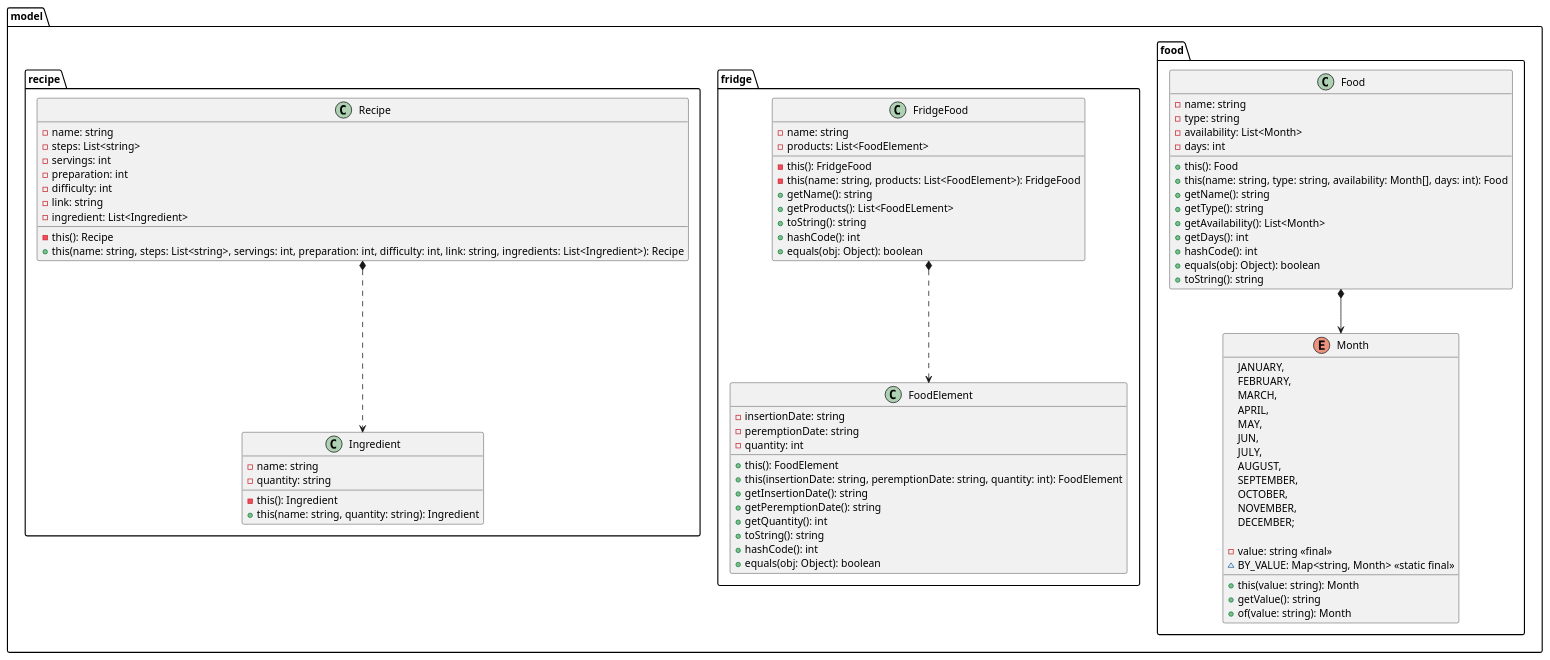
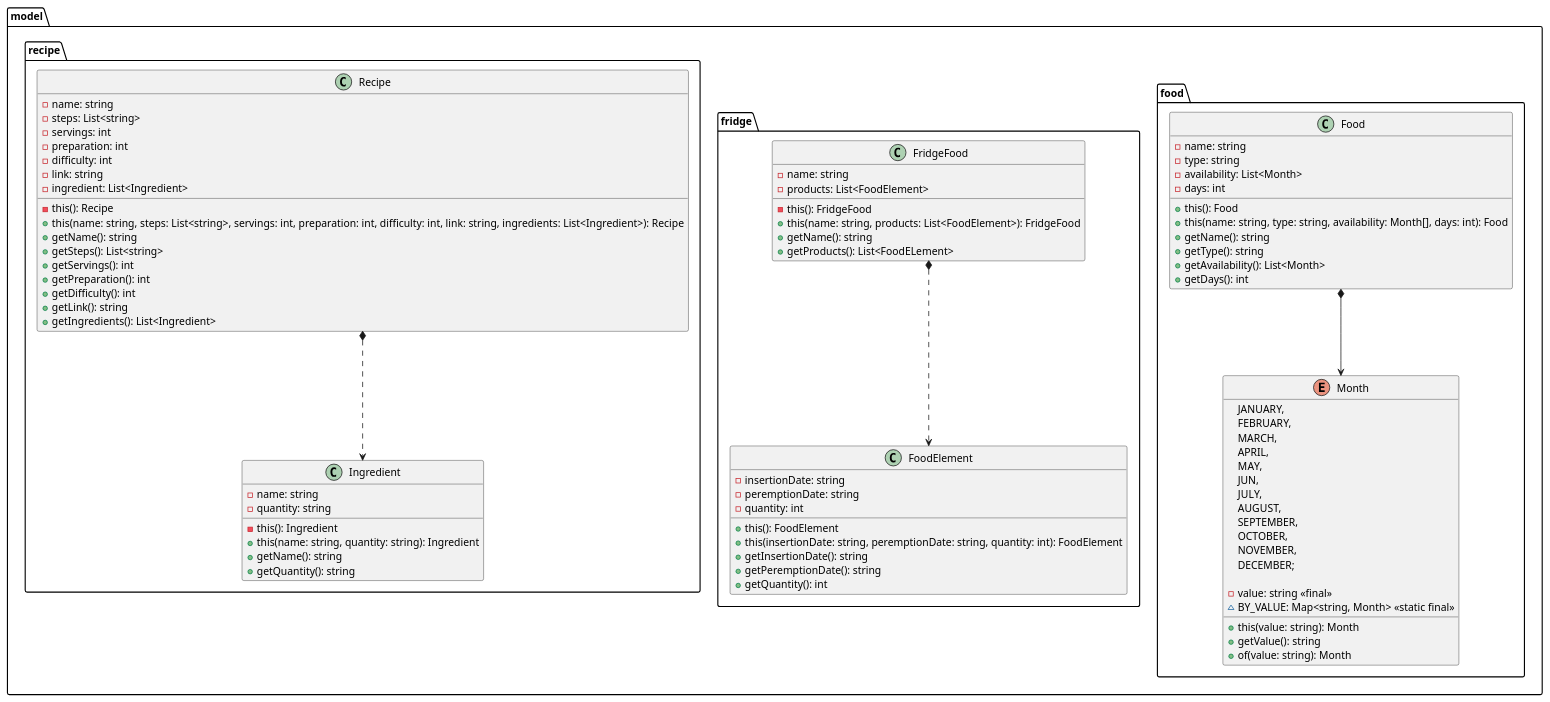
Before and after one commit to romainvacheret/wadge-backend: the diagram in docs/diagram/class/model.puml, drawn with PlantUML. The commit also changed 5 other files, not shown here.

Commit message:
docs: match code and class diagrams

```diff
--- a/docs/diagram/class/model.puml
+++ b/docs/diagram/class/model.puml
@@ -1,98 +1,98 @@
 @startuml model
 package model {
     package food {
         enum Month {
             JANUARY,
             FEBRUARY,
             MARCH,
             APRIL,
             MAY,
             JUN,
             JULY,
             AUGUST,
             SEPTEMBER,
             OCTOBER,
             NOVEMBER,
             DECEMBER;
 
             - value: string <<final>>
             ~ BY_VALUE: Map<string, Month> <<static final>>
             + this(value: string): Month
             + getValue(): string
             + of(value: string): Month
         }
     
         class Food {
             - name: string
             - type: string
             - availability: List<Month>
             - days: int
             + this(): Food
             + this(name: string, type: string, availability: Month[], days: int): Food
             + getName(): string
             + getType(): string
             + getAvailability(): List<Month>
             + getDays(): int
-            + hashCode(): int
-            + equals(obj: Object): boolean
-            + toString(): string
         }
     }
 
     package fridge {
         class FoodElement {
             - insertionDate: string
             - peremptionDate: string
             - quantity: int
             + this(): FoodElement
             + this(insertionDate: string, peremptionDate: string, quantity: int): FoodElement
             + getInsertionDate(): string
             + getPeremptionDate(): string
             + getQuantity(): int
-            + toString(): string
-            + hashCode(): int
-            + equals(obj: Object): boolean
         }
 
         class FridgeFood {
             - name: string
             - products: List<FoodElement>
             - this(): FridgeFood
-            - this(name: string, products: List<FoodElement>): FridgeFood
+            + this(name: string, products: List<FoodElement>): FridgeFood
             + getName(): string
             + getProducts(): List<FoodELement>
-            + toString(): string
-            + hashCode(): int
-            + equals(obj: Object): boolean
         }
     }
 
     package recipe {
         class Ingredient {
             - name: string
             - quantity: string
             - this(): Ingredient
             + this(name: string, quantity: string): Ingredient
+            + getName(): string
+            + getQuantity(): string
         }
 
         class Recipe {
             - name: string 
             - steps: List<string> 
             - servings: int 
             - preparation: int 
             - difficulty: int 
             - link: string
             - ingredient: List<Ingredient>
             - this(): Recipe
             + this(name: string, steps: List<string>, servings: int, preparation: int, difficulty: int, link: string, ingredients: List<Ingredient>): Recipe
+            + getName(): string
+            + getSteps(): List<string>
+            + getServings(): int
+            + getPreparation(): int
+            + getDifficulty(): int
+            + getLink(): string
+            + getIngredients(): List<Ingredient>
         }
     }
 
     Food *--> Month
 
     FridgeFood *..> FoodElement
 
     Recipe *..> Ingredient
 }
     
 @enduml
```
